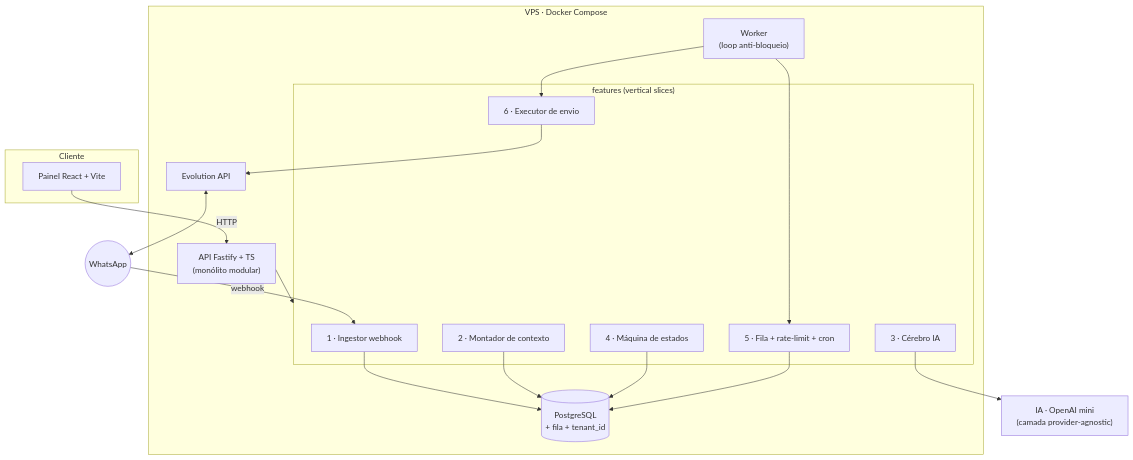
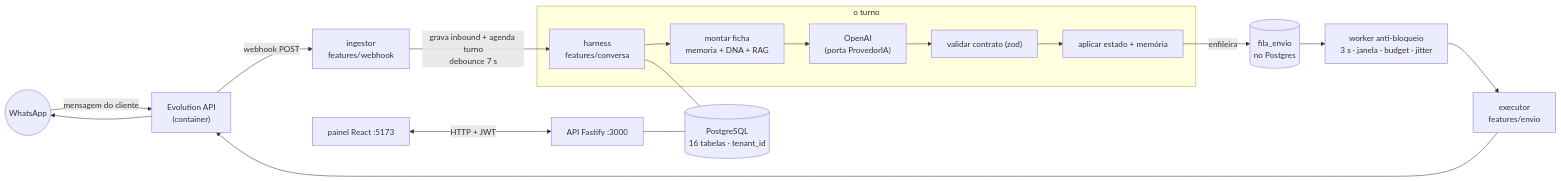
The first of 2 diagrams in docs/ARQUITETURA.md (pethrus07/commagente), drawn with Mermaid before and after one commit. The commit also changed other lines of this file and 66 other files, not shown here.

````diff
--- a/docs/ARQUITETURA.md
+++ b/docs/ARQUITETURA.md
@@ -14,37 +44,23 @@
 ```mermaid
-flowchart TB
-    subgraph Cliente
-      UI["Painel React + Vite"]
-    end
+flowchart LR
+  WA(("WhatsApp")) -->|mensagem do cliente| EVO["Evolution API<br/>(container)"]
+  EVO -->|webhook POST| ING["ingestor<br/>features/webhook"]
+  ING -->|grava inbound + agenda turno<br/>debounce 7 s| HAR["harness<br/>features/conversa"]
 
-    subgraph VPS["VPS · Docker Compose"]
-      API["API Fastify + TS<br/>(monólito modular)"]
-      subgraph FEATURES["features (vertical slices)"]
-        ING["1 · Ingestor webhook"]
-        MEM["2 · Montador de contexto"]
-        BRAIN["3 · Cérebro IA"]
-        FSM["4 · Máquina de estados"]
-        QUEUE["5 · Fila + rate-limit + cron"]
-        SEND["6 · Executor de envio"]
-      end
-      WORKER["Worker<br/>(loop anti-bloqueio)"]
-      PG[("PostgreSQL<br/>+ fila + tenant_id")]
-      EVO["Evolution API"]
-    end
+  subgraph cerebro["o turno"]
+    HAR --> CTX["montar ficha<br/>memoria + DNA + RAG"]
+    CTX --> LLM["OpenAI<br/>(porta ProvedorIA)"]
+    LLM --> VAL["validar contrato (zod)"]
+    VAL --> EST["aplicar estado + memória"]
+  end
 
-    OpenAI["IA · OpenAI mini<br/>(camada provider-agnostic)"]
-    WA(("WhatsApp"))
+  EST -->|enfileira| FILA[("fila_envio<br/>no Postgres")]
+  FILA --> W["worker anti-bloqueio<br/>3 s · janela · budget · jitter"]
+  W --> EXE["executor<br/>features/envio"]
+  EXE --> EVO
+  EVO --> WA
 
-    UI -->|HTTP| API
-    API --> FEATURES
-    WA -->|webhook| ING
-    ING --> PG
-    MEM --> PG
-    BRAIN --> OpenAI
-    FSM --> PG
-    QUEUE --> PG
-    WORKER --> QUEUE
-    WORKER --> SEND
-    SEND --> EVO
-    EVO <--> WA
+  PAINEL["painel React :5173"] <-->|HTTP + JWT| API["API Fastify :3000"]
+  API --- PG[("PostgreSQL<br/>16 tabelas · tenant_id")]
+  HAR --- PG
 ```
````
